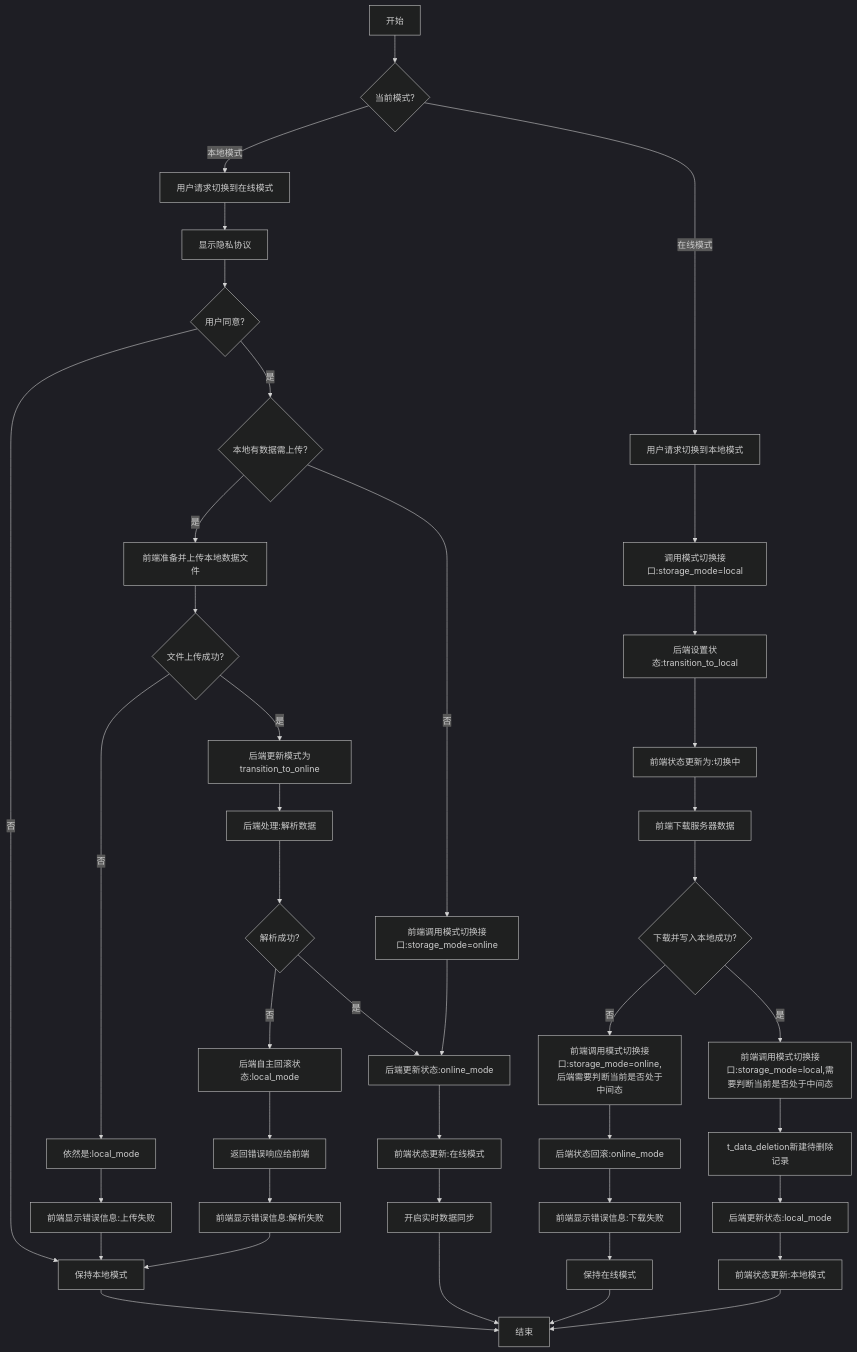
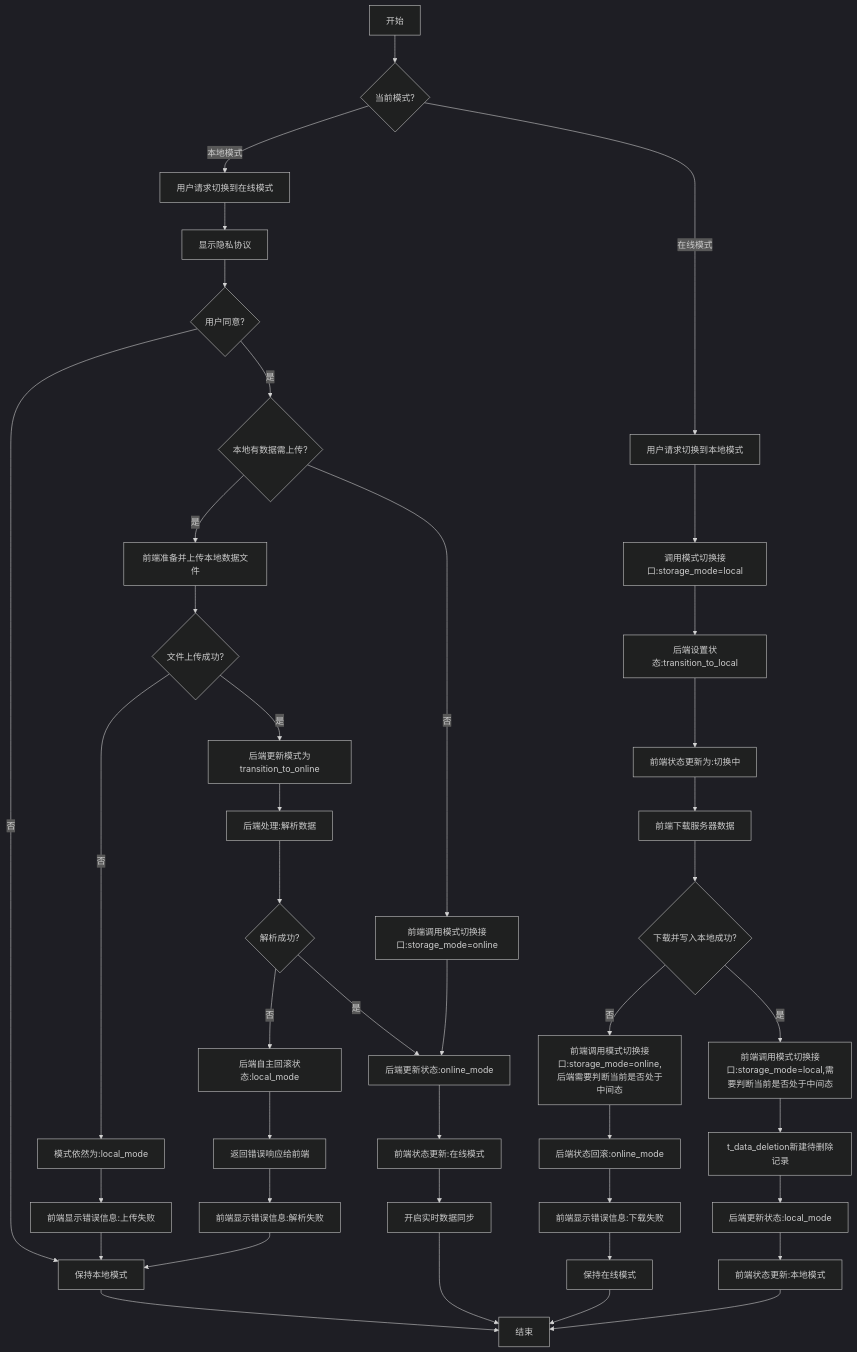
The diagram in all/未命名-68.md (yingjianzh/iodraw-files), drawn with Mermaid (dark theme) before and after one commit.

Commit message:
2025-06-04 10:04:38 update

````diff
--- a/all/未命名-68.md
+++ b/all/未命名-68.md
@@ -1,67 +1,67 @@
 ```mermaid
 
 flowchart TD
     A[开始] --> B{当前模式?}
     
     %% 本地模式转在线模式
     B -->|本地模式| C[用户请求切换到在线模式]
     C --> D[显示隐私协议]
     D --> E{用户同意?}
 
 
     E -->|否| F[保持本地模式]
     F --> Z[结束]
     
     E -->|是| J{本地有数据需上传?}
     
     %% 有本地数据需上传的情况
     J -->|是| K[前端准备并上传本地数据文件]
     K --> L{文件上传成功?}
     
     %% 上传失败的情况
-    L -->|否| N[依然是:local_mode]
+    L -->|否| N[模式依然为:local_mode]
     N --> O[前端显示错误信息:上传失败]
     O --> F
     
     %% 上传成功但解析失败的情况
     L -->|是| G[后端更新模式为transition_to_online]
     G --> P[后端处理:解析数据]
     P --> Q{解析成功?}
     Q -->|否| R[后端自主回滚状态:local_mode]
     R --> S[返回错误响应给前端]
     S --> T[前端显示错误信息:解析失败]
     T --> F
     
     %% 全部成功的情况
     Q -->|是| U[后端更新状态:online_mode]
     J -->|否| V[前端调用模式切换接口:storage_mode=online]
     V --> U
     
     U --> W[前端状态更新:在线模式]
     W --> X[开启实时数据同步]
     X --> Z
     
     %% 在线模式转本地模式
     B -->|在线模式| AA[用户请求切换到本地模式]
     AA --> AB[调用模式切换接口:storage_mode=local]
     AB --> AC[后端设置状态:transition_to_local]
     AC --> AD[前端状态更新为:切换中]
     
     AD --> AE[前端下载服务器数据]
     AE --> AF{下载并写入本地成功?}
     
     %% 下载失败的情况
     AF -->|否| AG[前端调用模式切换接口:storage_mode=online,后端需要判断当前是否处于中间态]
     AG --> AH[后端状态回滚:online_mode]
     AH --> AI[前端显示错误信息:下载失败]
     AI --> AJ[保持在线模式]
     AJ --> Z
     
     %% 下载成功的情况
     AF -->|是| AK[前端调用模式切换接口:storage_mode=local,需要判断当前是否处于中间态]
     AK --> AL[t_data_deletion新建待删除记录]
     AL --> AM[后端更新状态:local_mode]
     AM --> AN[前端状态更新:本地模式]
     AN --> Z
 
 ```
````
